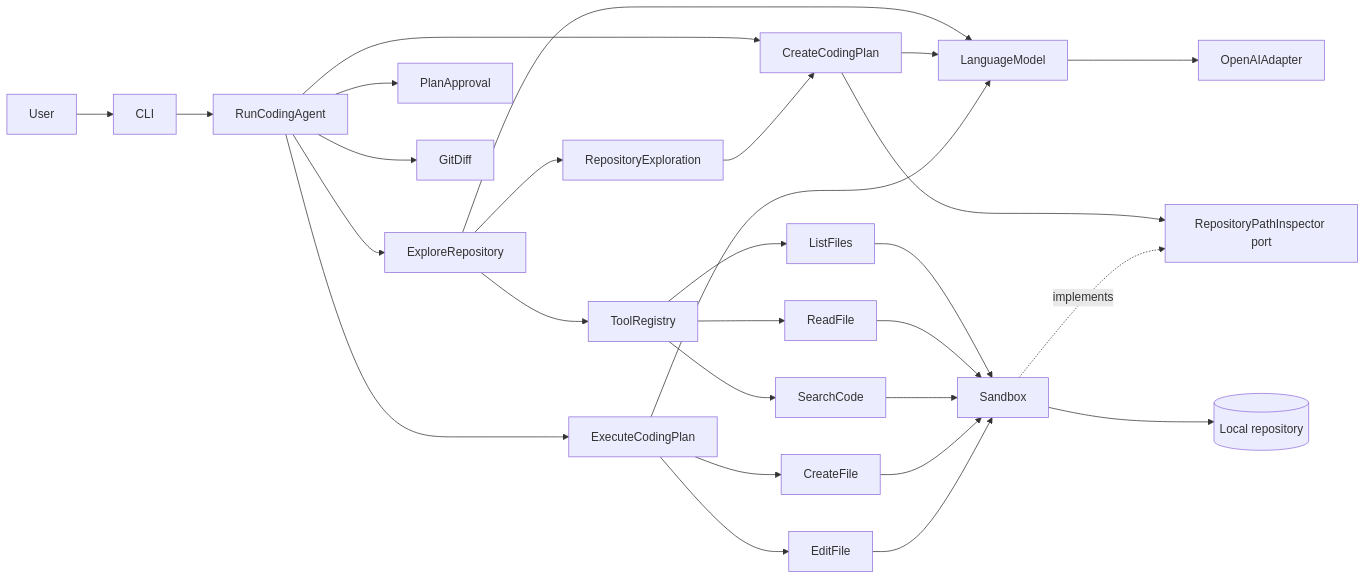
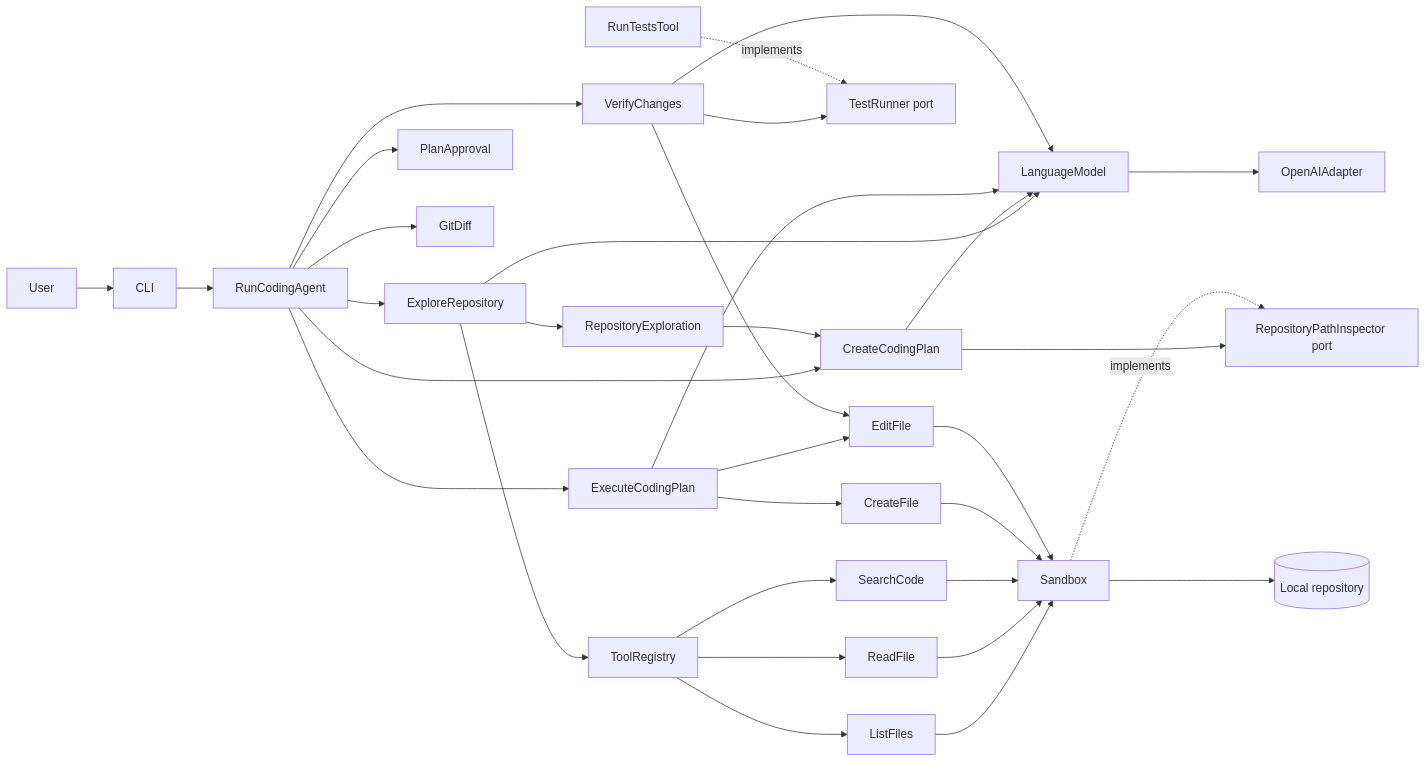
One commit to ArianeZan/mini-code changed the first of 2 diagrams in docs/technical-architecture.md. Above: the diagram before and after it, drawn with Mermaid. The commit also changed other lines of this file and 17 other files, not shown here.

````diff
--- a/docs/technical-architecture.md
+++ b/docs/technical-architecture.md
@@ -7,30 +7,35 @@
 ```mermaid
 flowchart LR
     User --> CLI
     CLI --> RunCodingAgent
     RunCodingAgent --> ExploreRepository
     RunCodingAgent --> CreateCodingPlan
     RunCodingAgent --> PlanApproval
     RunCodingAgent --> ExecuteCodingPlan
+    RunCodingAgent --> VerifyChanges
     RunCodingAgent --> GitDiff
     ExploreRepository --> ExplorationResult[RepositoryExploration]
     ExplorationResult --> CreateCodingPlan
     ExploreRepository --> LanguageModel
     CreateCodingPlan --> LanguageModel
     ExecuteCodingPlan --> LanguageModel
+    VerifyChanges --> LanguageModel
+    VerifyChanges --> TestRunner[TestRunner port]
     CreateCodingPlan --> PathInspector[RepositoryPathInspector port]
     ExploreRepository --> ToolRegistry
     LanguageModel --> OpenAIAdapter
     ToolRegistry --> ListFiles
     ToolRegistry --> ReadFile
     ToolRegistry --> SearchCode
     ListFiles --> Sandbox
     ReadFile --> Sandbox
     SearchCode --> Sandbox
     Sandbox --> Repository[(Local repository)]
     Sandbox -. implements .-> PathInspector
     ExecuteCodingPlan --> CreateFile
     ExecuteCodingPlan --> EditFile
     CreateFile --> Sandbox
     EditFile --> Sandbox
+    VerifyChanges --> EditFile
+    RunTestsTool -. implements .-> TestRunner
 ```
````
